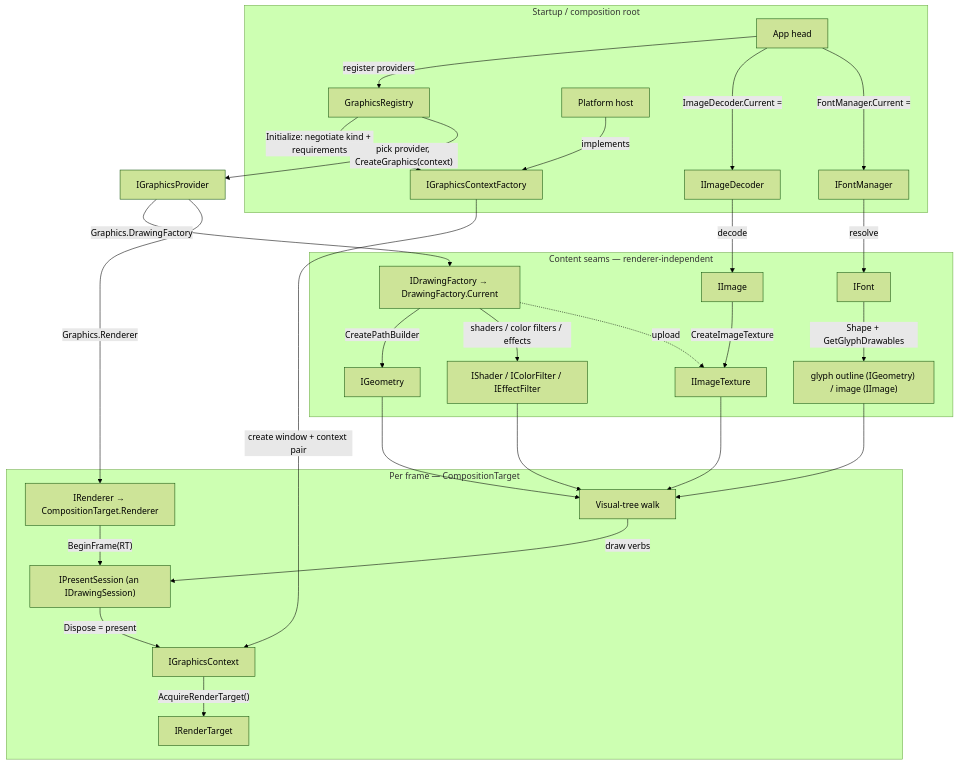
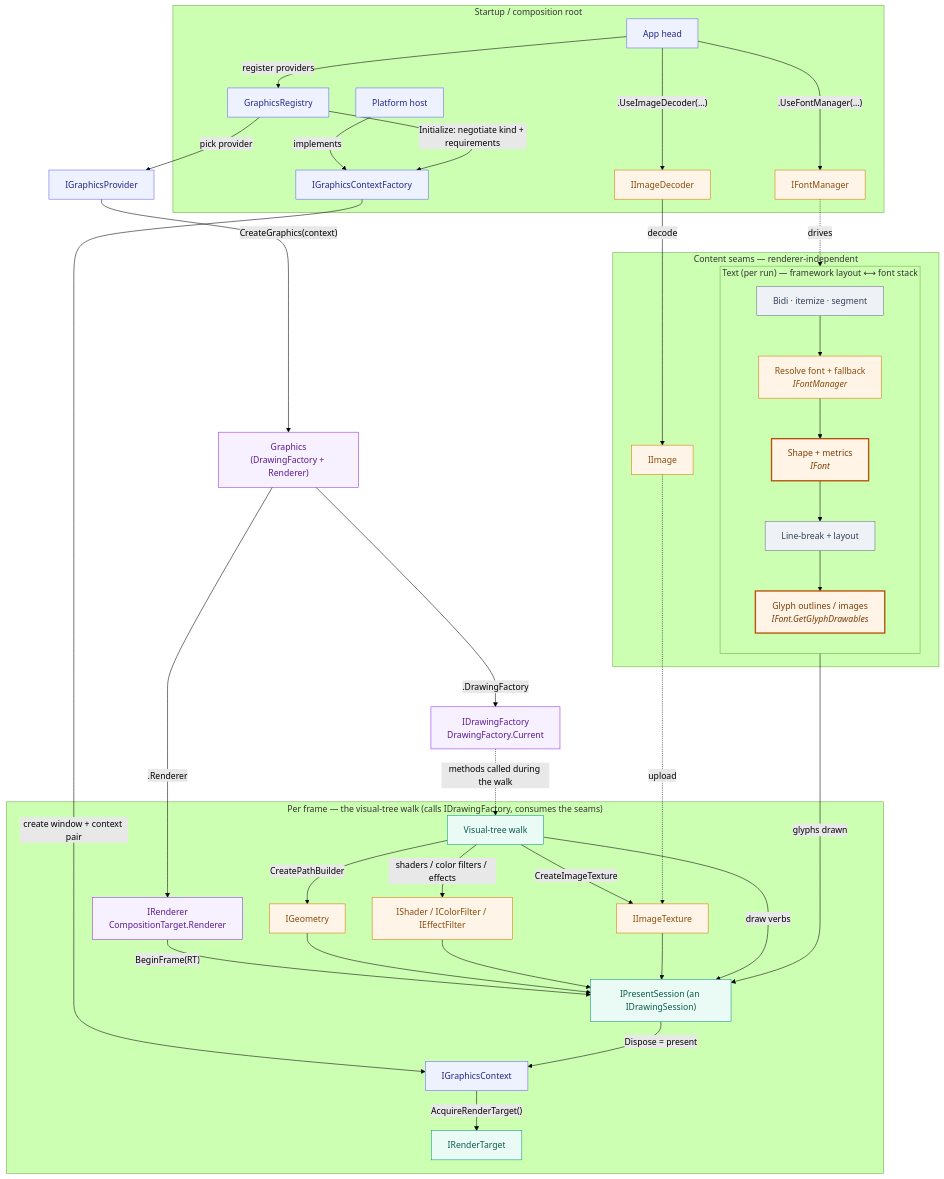
The diagram in doc/uno-drawing-backend-design.md (unoplatform/uno), drawn with Mermaid (forest theme) before and after one commit.

Commit message:
docs(drawing-backend): walk wraps IDrawingFactory; content box = decode+fonts only
IDrawingFactory is renderer-specific and its methods (CreatePathBuilder,
CreateImageTexture, shaders/filters) run during the visual-tree walk — it was
wrongly grouped under 'renderer-independent content seams' and its arrows read
backwards. Restructure the flow diagram: the per-frame walk box now wraps the
factory calls → handles → present; the content-seams box holds only the truly
renderer-independent producers (image decode + the text/font lane) that feed in.

````diff
--- a/doc/uno-drawing-backend-design.md
+++ b/doc/uno-drawing-backend-design.md
@@ -79,37 +79,60 @@
 ```mermaid
 flowchart TB
   subgraph Startup["Startup / composition root"]
     App["App head"] -->|"register providers"| Reg["GraphicsRegistry"]
-    App -->|"ImageDecoder.Current ="| Dec["IImageDecoder"]
-    App -->|"FontManager.Current ="| FM["IFontManager"]
+    App -->|".UseImageDecoder(…)"| Dec["IImageDecoder"]
+    App -->|".UseFontManager(…)"| FM["IFontManager"]
     Host["Platform host"] -->|"implements"| CF["IGraphicsContextFactory"]
   end
 
   Reg -->|"Initialize: negotiate kind + requirements"| CF
   CF -->|"create window + context pair"| Ctx["IGraphicsContext"]
-  Reg -->|"pick provider, CreateGraphics(context)"| Prov["IGraphicsProvider"]
-  Prov -->|"Graphics.DrawingFactory"| Fac["IDrawingFactory → DrawingFactory.Current"]
-  Prov -->|"Graphics.Renderer"| Ren["IRenderer → CompositionTarget.Renderer"]
+  Reg -->|"pick provider"| Prov["IGraphicsProvider"]
+  Prov -->|"CreateGraphics(context)"| GS["Graphics<br/>(DrawingFactory + Renderer)"]
+  GS -->|".DrawingFactory"| Fac["IDrawingFactory<br/>DrawingFactory.Current"]
+  GS -->|".Renderer"| Ren["IRenderer<br/>CompositionTarget.Renderer"]
 
-  subgraph Frame["Per frame — CompositionTarget"]
+  subgraph Content["Content seams — renderer-independent"]
+    Dec -->|"decode"| IMG["IImage"]
+    subgraph TextLane["Text (per run) — framework layout ⟷ font stack"]
+      direction TB
+      TA["Bidi · itemize · segment"] --> FR["Resolve font + fallback<br/><i>IFontManager</i>"]
+      FR --> SH["Shape + metrics<br/><i>IFont</i>"]
+      SH --> LB["Line-break + layout"]
+      LB --> GL["Glyph outlines / images<br/><i>IFont.GetGlyphDrawables</i>"]
+    end
+  end
+  FM -.->|"drives"| FR
+
+  subgraph Frame["Per frame — the visual-tree walk (calls IDrawingFactory, consumes the seams)"]
+    Ren -->|"BeginFrame(RT)"| PS["IPresentSession (an IDrawingSession)"]
     Ctx -->|"AcquireRenderTarget()"| RT["IRenderTarget"]
-    Ren -->|"BeginFrame(RT)"| PS["IPresentSession (an IDrawingSession)"]
-    Tree["Visual-tree walk"] -->|"draw verbs"| PS
+    Tree["Visual-tree walk"] -->|"CreatePathBuilder"| GEO["IGeometry"]
+    Tree -->|"shaders / color filters / effects"| PNT["IShader / IColorFilter / IEffectFilter"]
+    Tree -->|"CreateImageTexture"| TEX["IImageTexture"]
+    GEO --> PS
+    PNT --> PS
+    TEX --> PS
+    Tree -->|"draw verbs"| PS
     PS -->|"Dispose = present"| Ctx
   end
 
-  subgraph Content["Content seams — renderer-independent"]
-    Dec -->|"decode"| IMG["IImage"]
-    IMG -->|"CreateImageTexture"| TEX["IImageTexture"]
-    FM -->|"resolve"| Font["IFont"]
-    Font -->|"Shape + GetGlyphDrawables"| GLY["glyph outline (IGeometry) / image (IImage)"]
-    Fac -->|"CreatePathBuilder"| GEO["IGeometry"]
-    Fac -->|"shaders / color filters / effects"| PNT["IShader / IColorFilter / IEffectFilter"]
-  end
+  Fac -.->|"methods called during the walk"| Tree
+  IMG -.->|"upload"| TEX
+  GL -->|"glyphs drawn"| PS
 
-  Fac -.->|"upload"| TEX
-  GEO --> Tree
-  TEX --> Tree
-  GLY --> Tree
-  PNT --> Tree
+  classDef startup fill:#eef2ff,stroke:#6366f1,color:#26268a;
+  classDef install fill:#f7f0ff,stroke:#9333ea,color:#5a1b96;
+  classDef frame fill:#eafaf4,stroke:#0d9488,color:#0a5c4b;
+  classDef content fill:#fef4e7,stroke:#d97706,color:#8a4b0e;
+  classDef fw fill:#eef1f6,stroke:#64748b,color:#334155;
+  classDef mgr fill:#fff4e5,stroke:#d97706,color:#8a4b0e;
+  classDef font fill:#fff4e5,stroke:#b45309,color:#7c3d09,stroke-width:2.5px;
+  class App,Reg,Host,CF,Ctx,Prov startup;
+  class GS,Fac,Ren install;
+  class Tree,PS,RT frame;
+  class Dec,FM,IMG,GEO,TEX,PNT content;
+  class TA,LB fw;
+  class FR mgr;
+  class SH,GL font;
 ```
````
